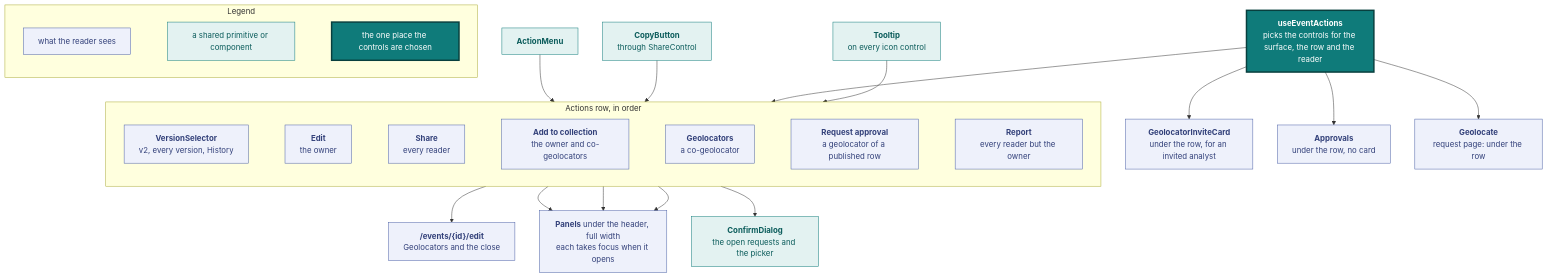
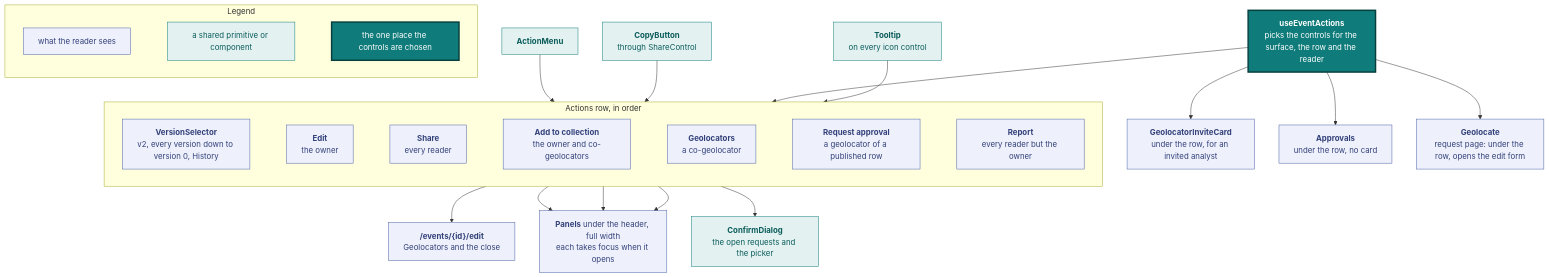
The seventh of 14 diagrams in docs/design.md (vidithq/vidit), drawn with Mermaid before and after one commit. The commit also changed other lines of this file and 6 other files, not shown here.

````diff
--- a/docs/design.md
+++ b/docs/design.md
@@ -735,67 +728,67 @@
 ```mermaid
 flowchart TB
   classDef spec fill:#eef1fb,stroke:#4a5fa5,color:#33417a
   classDef shared fill:#e3f2f1,stroke:#0f7b7a,color:#0b5c5b
   classDef core fill:#0f7b7a,stroke:#083f3e,stroke-width:3px,color:#ffffff
 
   subgraph legend [Legend]
     direction LR
     l1["`what the reader sees`"]:::spec
     l2["`a shared primitive or component`"]:::shared
     l3["`the one place the controls are chosen`"]:::core
     l1 ~~~ l2 ~~~ l3
   end
 
   hook["`**useEventActions**
   picks the controls for the surface, the row and the reader`"]:::core
 
   subgraph header [Actions row, in order]
     direction LR
     versions["`**VersionSelector**
-    v2, every version, History`"]:::spec
+    v2, every version down to version 0, History`"]:::spec
     edit["`**Edit**
     the owner`"]:::spec
     share["`**Share**
     every reader`"]:::spec
     collect["`**Add to collection**
     the owner and co-geolocators`"]:::spec
     credit["`**Geolocators**
     a co-geolocator`"]:::spec
     ask["`**Request approval**
     a geolocator of a published row`"]:::spec
     report["`**Report**
     every reader but the owner`"]:::spec
     versions ~~~ edit ~~~ share ~~~ collect ~~~ credit ~~~ ask ~~~ report
   end
 
   menu["`**ActionMenu**`"]:::shared
   copy["`**CopyButton**
   through ShareControl`"]:::shared
   tooltip["`**Tooltip**
   on every icon control`"]:::shared
   editpage["`**/events/{id}/edit**
   Geolocators and the close`"]:::spec
   panels["`**Panels** under the header, full width
   each takes focus when it opens`"]:::spec
   invite["`**GeolocatorInviteCard**
   under the row, for an invited analyst`"]:::spec
   approvals["`**Approvals**
   under the row, no card`"]:::spec
   dialog["`**ConfirmDialog**
   the open requests and the picker`"]:::shared
   geolocate["`**Geolocate**
-  request page: under the row`"]:::spec
+  request page: under the row, opens the edit form`"]:::spec
 
   hook --> header
   hook --> approvals
   hook --> invite
   hook --> geolocate
   menu --> versions
   copy --> share
   tooltip --> header
   edit --> editpage
   collect --> panels
   credit --> panels
   ask --> dialog
   report --> panels
 ```
````
